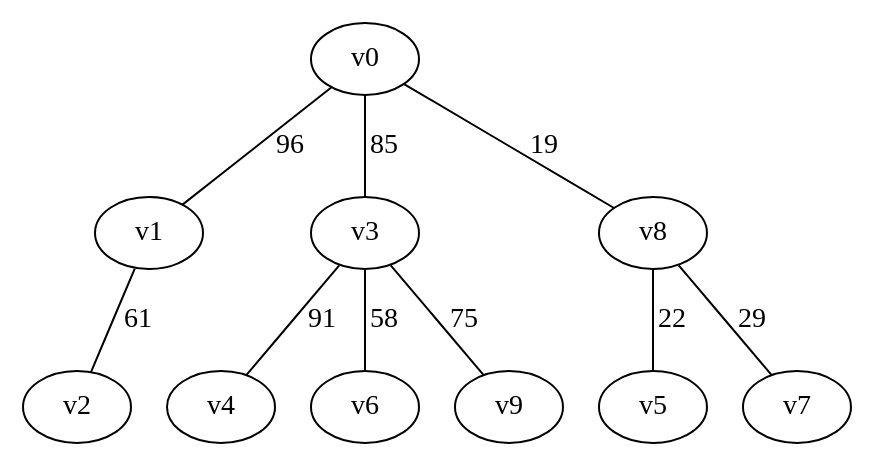
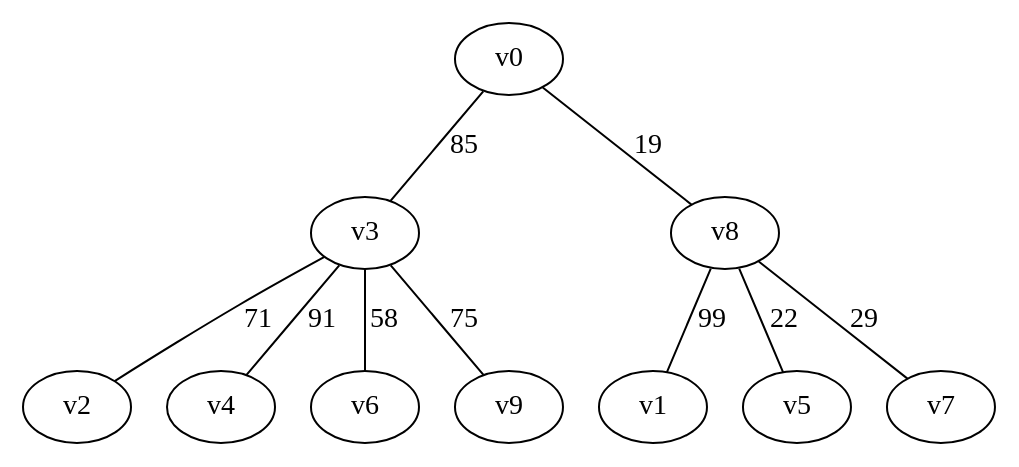
The diagram in outputs/gn10_bfs_2.dot (japie1235813/Algo_PA3), drawn with Graphviz before and after one commit. The commit also changed 7 other files, not shown here.

```diff
--- a/outputs/gn10_bfs_2.dot
+++ b/outputs/gn10_bfs_2.dot
@@ -1,11 +1,11 @@
 graph gn10_bfs {
-v0 -- v1 [label = "96"];
 v0 -- v3 [label = "85"];
 v0 -- v8 [label = "19"];
-v1 -- v2 [label = "61"];
+v3 -- v2 [label = "71"];
 v3 -- v4 [label = "91"];
 v3 -- v6 [label = "58"];
 v3 -- v9 [label = "75"];
+v8 -- v1 [label = "99"];
 v8 -- v5 [label = "22"];
 v8 -- v7 [label = "29"];
 }
```
